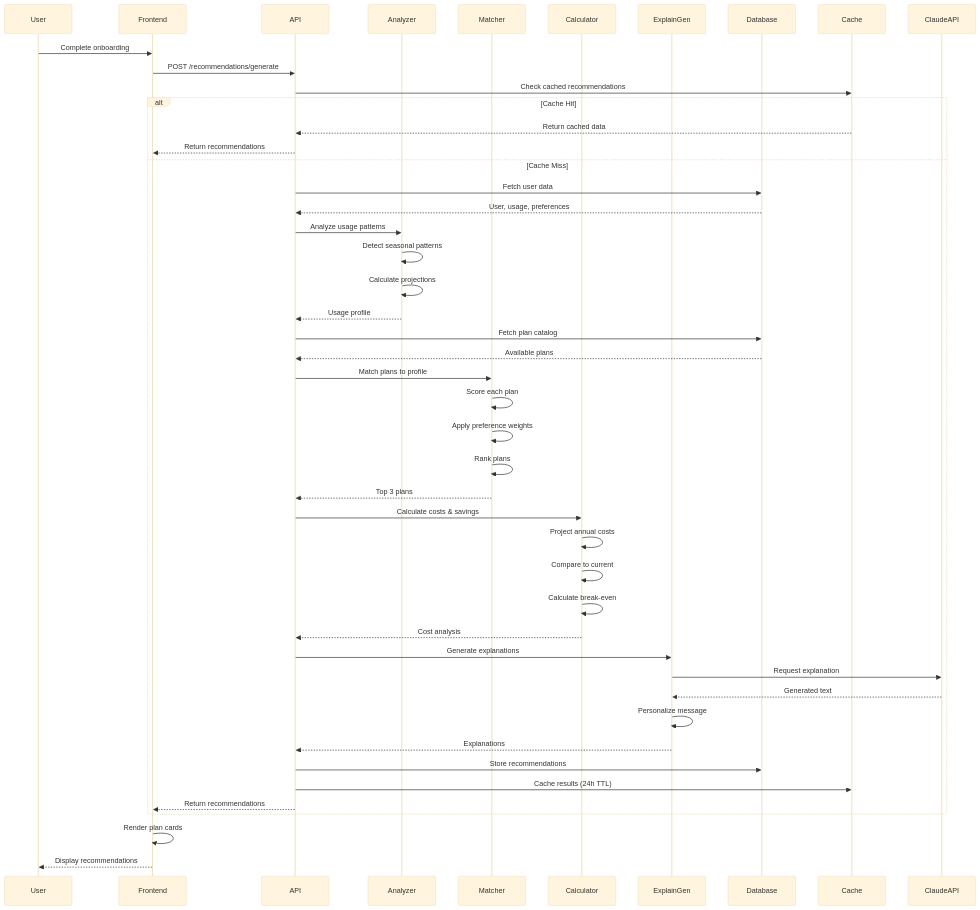
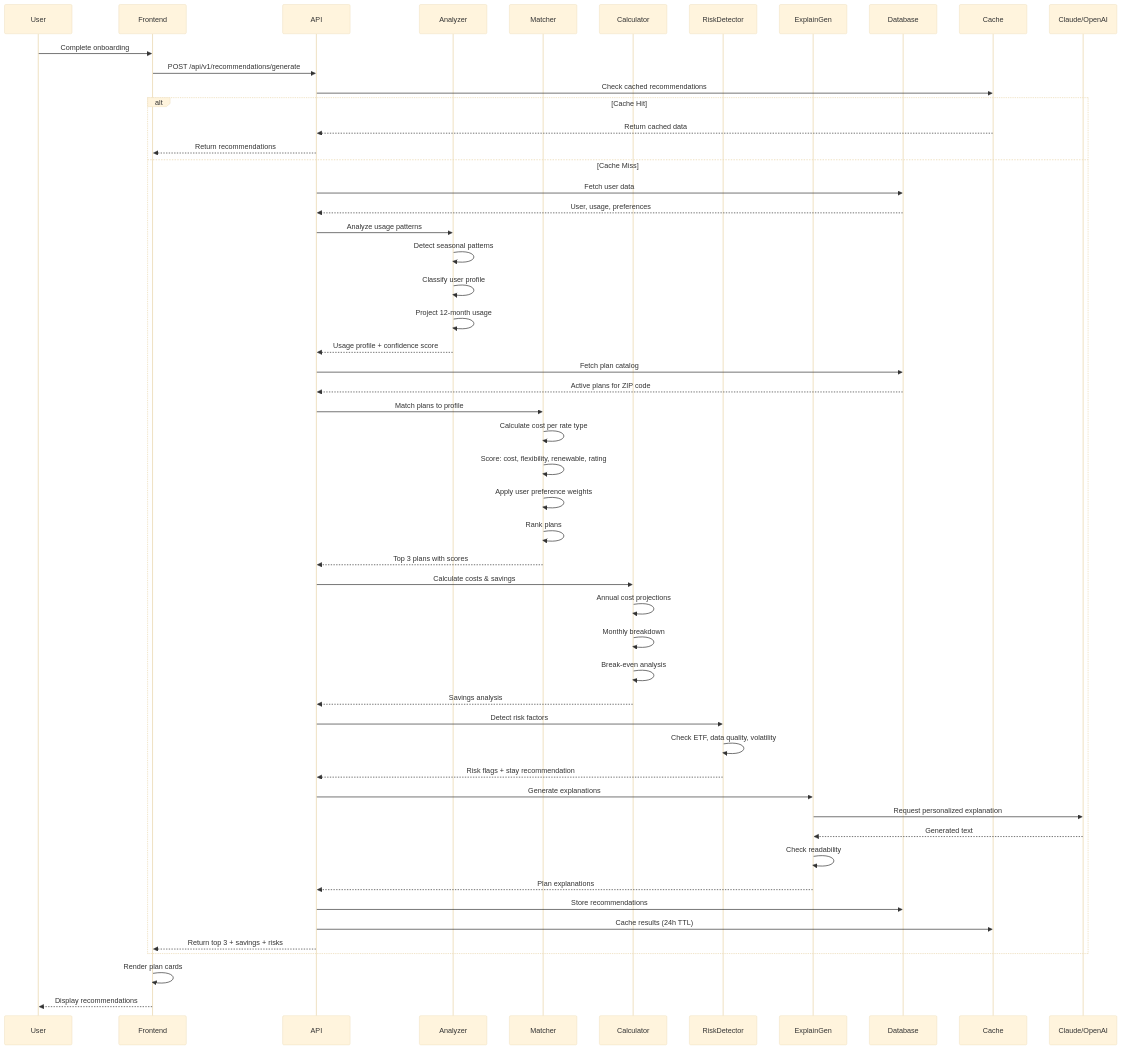
The fourth of 11 diagrams in architecture.md (Rhoahndur/Treebeard), drawn with Mermaid (base theme) before and after one commit. The commit also changed other lines of this file, not shown here.

Commit message:
updated architecture doc

````diff
--- a/architecture.md
+++ b/architecture.md
@@ -213,58 +254,65 @@
 ```mermaid
 sequenceDiagram
     participant User
     participant Frontend
     participant API
     participant Analyzer
     participant Matcher
     participant Calculator
+    participant RiskDetector
     participant ExplainGen
     participant Database
     participant Cache
-    participant ClaudeAPI
+    participant AI as Claude/OpenAI
 
     User->>Frontend: Complete onboarding
-    Frontend->>API: POST /recommendations/generate
-    
+    Frontend->>API: POST /api/v1/recommendations/generate
+
     API->>Cache: Check cached recommendations
     alt Cache Hit
         Cache-->>API: Return cached data
         API-->>Frontend: Return recommendations
     else Cache Miss
         API->>Database: Fetch user data
         Database-->>API: User, usage, preferences
-        
+
         API->>Analyzer: Analyze usage patterns
         Analyzer->>Analyzer: Detect seasonal patterns
-        Analyzer->>Analyzer: Calculate projections
-        Analyzer-->>API: Usage profile
-        
+        Analyzer->>Analyzer: Classify user profile
+        Analyzer->>Analyzer: Project 12-month usage
+        Analyzer-->>API: Usage profile + confidence score
+
         API->>Database: Fetch plan catalog
-        Database-->>API: Available plans
-        
+        Database-->>API: Active plans for ZIP code
+
         API->>Matcher: Match plans to profile
-        Matcher->>Matcher: Score each plan
-        Matcher->>Matcher: Apply preference weights
+        Matcher->>Matcher: Calculate cost per rate type
+        Matcher->>Matcher: Score: cost, flexibility, renewable, rating
+        Matcher->>Matcher: Apply user preference weights
         Matcher->>Matcher: Rank plans
-        Matcher-->>API: Top 3 plans
-        
+        Matcher-->>API: Top 3 plans with scores
+
         API->>Calculator: Calculate costs & savings
-        Calculator->>Calculator: Project annual costs
-        Calculator->>Calculator: Compare to current
-        Calculator->>Calculator: Calculate break-even
-        Calculator-->>API: Cost analysis
-        
+        Calculator->>Calculator: Annual cost projections
+        Calculator->>Calculator: Monthly breakdown
+        Calculator->>Calculator: Break-even analysis
+        Calculator-->>API: Savings analysis
+
+        API->>RiskDetector: Detect risk factors
+        RiskDetector->>RiskDetector: Check ETF, data quality, volatility
+        RiskDetector-->>API: Risk flags + stay recommendation
+
         API->>ExplainGen: Generate explanations
-        ExplainGen->>ClaudeAPI: Request explanation
-        ClaudeAPI-->>ExplainGen: Generated text
-        ExplainGen->>ExplainGen: Personalize message
-        ExplainGen-->>API: Explanations
-        
+        ExplainGen->>AI: Request personalized explanation
+        AI-->>ExplainGen: Generated text
+        ExplainGen->>ExplainGen: Check readability
+        ExplainGen-->>API: Plan explanations
+
         API->>Database: Store recommendations
         API->>Cache: Cache results (24h TTL)
-        API-->>Frontend: Return recommendations
+        API-->>Frontend: Return top 3 + savings + risks
     end
-    
+
     Frontend->>Frontend: Render plan cards
     Frontend-->>User: Display recommendations
 ```
````
